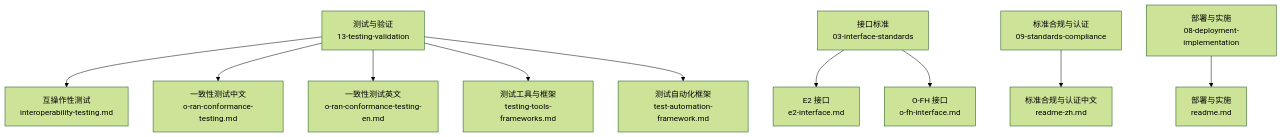
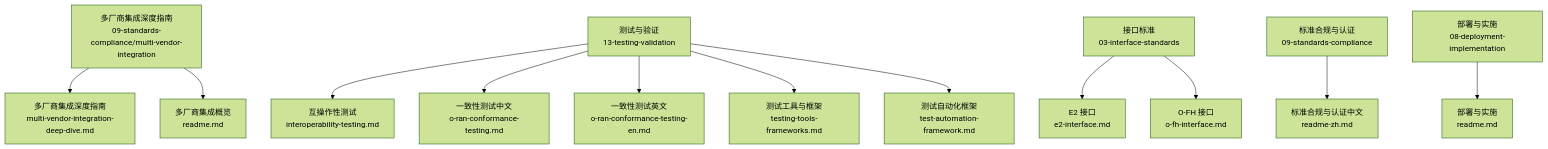
The first of 8 diagrams in .qoder/repowiki/zh/content/标准与合规/多厂商集成实践.md (allengaller/oran-database), drawn with Mermaid (forest theme) before and after one commit. The commit also changed other lines of this file and 32 other files, not shown here.

````diff
--- a/.qoder/repowiki/zh/content/标准与合规/多厂商集成实践.md
+++ b/.qoder/repowiki/zh/content/标准与合规/多厂商集成实践.md
@@ -38,12 +54,14 @@
 ```mermaid
 graph TB
-A["测试与验证<br/>13-testing-validation"] --> A1["互操作性测试<br/>interoperability-testing.md"]
-A --> A2["一致性测试中文<br/>o-ran-conformance-testing.md"]
-A --> A3["一致性测试英文<br/>o-ran-conformance-testing-en.md"]
-A --> A4["测试工具与框架<br/>testing-tools-frameworks.md"]
-A --> A5["测试自动化框架<br/>test-automation-framework.md"]
-B["接口标准<br/>03-interface-standards"] --> B1["E2 接口<br/>e2-interface.md"]
-B --> B2["O-FH 接口<br/>o-fh-interface.md"]
-C["标准合规与认证<br/>09-standards-compliance"] --> C1["标准合规与认证中文<br/>readme-zh.md"]
-D["部署与实施<br/>08-deployment-implementation"] --> D1["部署与实施<br/>readme.md"]
+A["多厂商集成深度指南<br/>09-standards-compliance/multi-vendor-integration"] --> A1["多厂商集成深度指南<br/>multi-vendor-integration-deep-dive.md"]
+A --> A2["多厂商集成概览<br/>readme.md"]
+B["测试与验证<br/>13-testing-validation"] --> B1["互操作性测试<br/>interoperability-testing.md"]
+B --> B2["一致性测试中文<br/>o-ran-conformance-testing.md"]
+B --> B3["一致性测试英文<br/>o-ran-conformance-testing-en.md"]
+B --> B4["测试工具与框架<br/>testing-tools-frameworks.md"]
+B --> B5["测试自动化框架<br/>test-automation-framework.md"]
+C["接口标准<br/>03-interface-standards"] --> C1["E2 接口<br/>e2-interface.md"]
+C --> C2["O-FH 接口<br/>o-fh-interface.md"]
+D["标准合规与认证<br/>09-standards-compliance"] --> D1["标准合规与认证中文<br/>readme-zh.md"]
+E["部署与实施<br/>08-deployment-implementation"] --> E1["部署与实施<br/>readme.md"]
 ```
````
